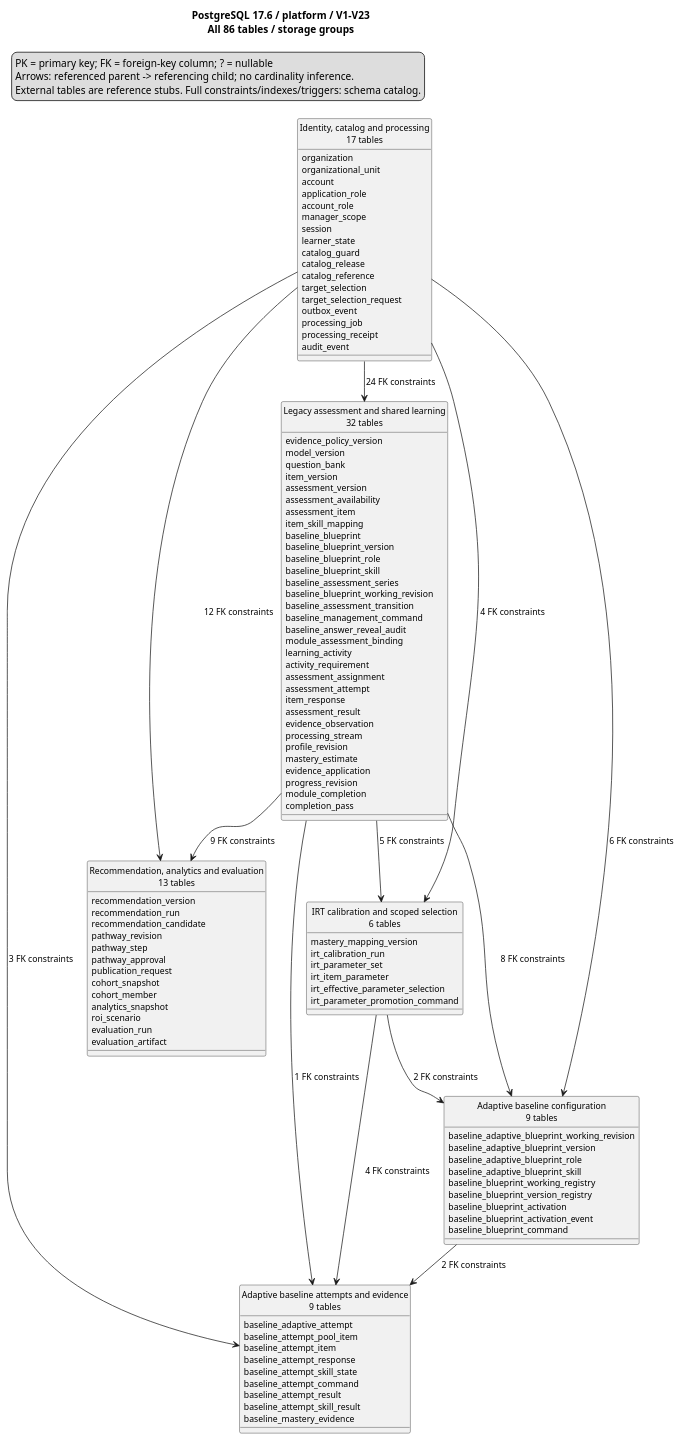
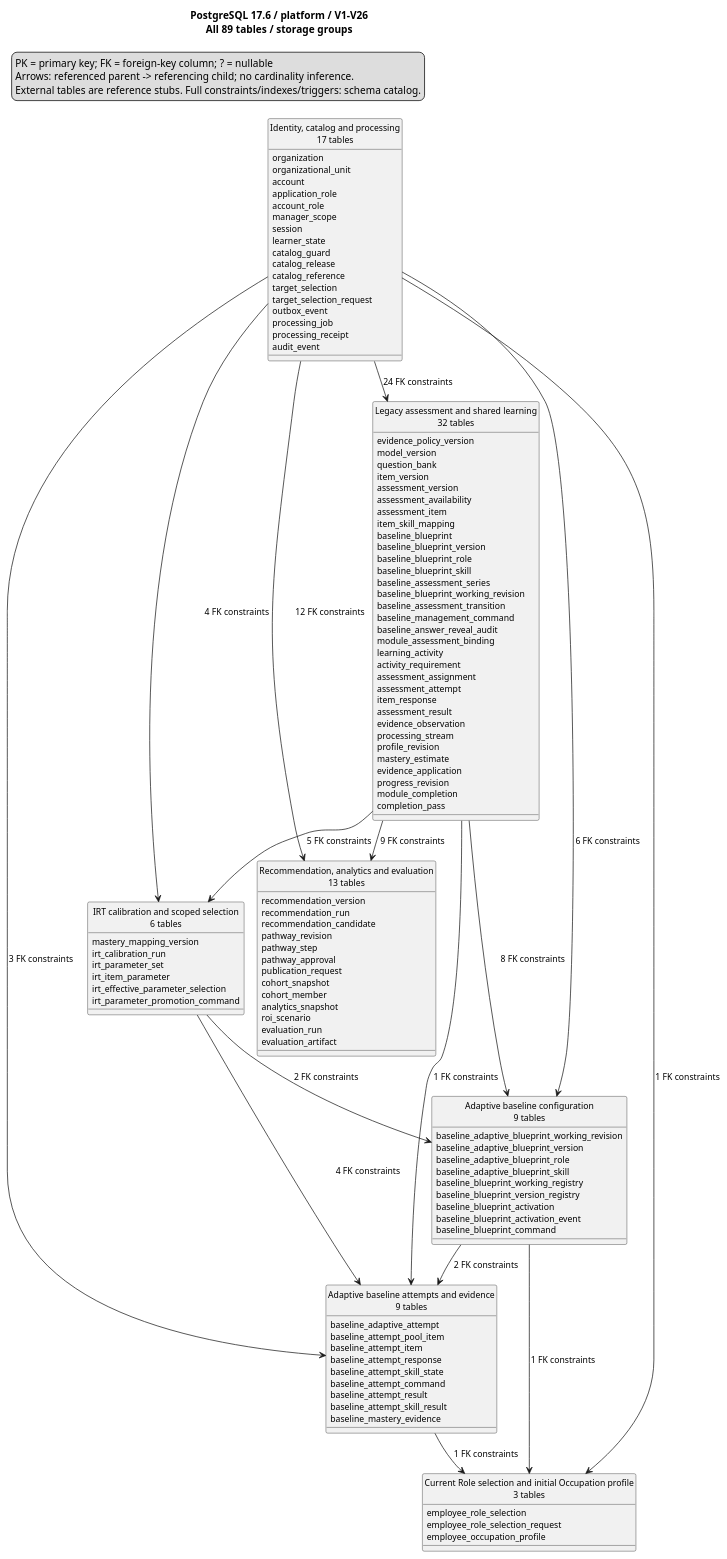
The diagram in documents/diagrams/postgresql-overview.puml (SEP490-Fall-2026-GFA26SE64/SEP490), drawn with PlantUML before and after one commit. The commit also changed 28 other files, not shown here.

Commit message:
docs: refresh verified V26 schema and catalog diagrams

```diff
--- a/documents/diagrams/postgresql-overview.puml
+++ b/documents/diagrams/postgresql-overview.puml
@@ -1,125 +1,133 @@
 @startuml
 !pragma layout smetana
 top to bottom direction
 skinparam shadowing false
 hide circle
 skinparam classAttributeIconSize 0
 skinparam defaultFontName SansSerif
 skinparam defaultFontSize 12
-title PostgreSQL 17.6 / platform / V1-V23\nAll 86 tables / storage groups
+title PostgreSQL 17.6 / platform / V1-V26\nAll 89 tables / storage groups
 legend top left
 PK = primary key; FK = foreign-key column; ? = nullable
 Arrows: referenced parent -> referencing child; no cardinality inference.
 External tables are reference stubs. Full constraints/indexes/triggers: schema catalog.
 endlegend
 class "Identity, catalog and processing\n17 tables" as postgresql {
   organization
   organizational_unit
   account
   application_role
   account_role
   manager_scope
   session
   learner_state
   catalog_guard
   catalog_release
   catalog_reference
   target_selection
   target_selection_request
   outbox_event
   processing_job
   processing_receipt
   audit_event
 }
 class "Legacy assessment and shared learning\n32 tables" as postgresql_assessment {
   evidence_policy_version
   model_version
   question_bank
   item_version
   assessment_version
   assessment_availability
   assessment_item
   item_skill_mapping
   baseline_blueprint
   baseline_blueprint_version
   baseline_blueprint_role
   baseline_blueprint_skill
   baseline_assessment_series
   baseline_blueprint_working_revision
   baseline_assessment_transition
   baseline_management_command
   baseline_answer_reveal_audit
   module_assessment_binding
   learning_activity
   activity_requirement
   assessment_assignment
   assessment_attempt
   item_response
   assessment_result
   evidence_observation
   processing_stream
   profile_revision
   mastery_estimate
   evidence_application
   progress_revision
   module_completion
   completion_pass
 }
 class "Recommendation, analytics and evaluation\n13 tables" as postgresql_pathway {
   recommendation_version
   recommendation_run
   recommendation_candidate
   pathway_revision
   pathway_step
   pathway_approval
   publication_request
   cohort_snapshot
   cohort_member
   analytics_snapshot
   roi_scenario
   evaluation_run
   evaluation_artifact
 }
 class "Adaptive baseline configuration\n9 tables" as postgresql_adaptive_blueprint {
   baseline_adaptive_blueprint_working_revision
   baseline_adaptive_blueprint_version
   baseline_adaptive_blueprint_role
   baseline_adaptive_blueprint_skill
   baseline_blueprint_working_registry
   baseline_blueprint_version_registry
   baseline_blueprint_activation
   baseline_blueprint_activation_event
   baseline_blueprint_command
 }
 class "Adaptive baseline attempts and evidence\n9 tables" as postgresql_adaptive_attempt {
   baseline_adaptive_attempt
   baseline_attempt_pool_item
   baseline_attempt_item
   baseline_attempt_response
   baseline_attempt_skill_state
   baseline_attempt_command
   baseline_attempt_result
   baseline_attempt_skill_result
   baseline_mastery_evidence
 }
 class "IRT calibration and scoped selection\n6 tables" as postgresql_irt {
   mastery_mapping_version
   irt_calibration_run
   irt_parameter_set
   irt_item_parameter
   irt_effective_parameter_selection
   irt_parameter_promotion_command
 }
+class "Current Role selection and initial Occupation profile\n3 tables" as postgresql_role_profile {
+  employee_role_selection
+  employee_role_selection_request
+  employee_occupation_profile
+}
 postgresql --> postgresql_adaptive_attempt : 3 FK constraints
 postgresql --> postgresql_adaptive_blueprint : 6 FK constraints
 postgresql --> postgresql_assessment : 24 FK constraints
 postgresql --> postgresql_irt : 4 FK constraints
 postgresql --> postgresql_pathway : 12 FK constraints
+postgresql --> postgresql_role_profile : 1 FK constraints
+postgresql_adaptive_attempt --> postgresql_role_profile : 1 FK constraints
 postgresql_adaptive_blueprint --> postgresql_adaptive_attempt : 2 FK constraints
+postgresql_adaptive_blueprint --> postgresql_role_profile : 1 FK constraints
 postgresql_assessment --> postgresql_adaptive_attempt : 1 FK constraints
 postgresql_assessment --> postgresql_adaptive_blueprint : 8 FK constraints
 postgresql_assessment --> postgresql_irt : 5 FK constraints
 postgresql_assessment --> postgresql_pathway : 9 FK constraints
 postgresql_irt --> postgresql_adaptive_attempt : 4 FK constraints
 postgresql_irt --> postgresql_adaptive_blueprint : 2 FK constraints
 @enduml
```
